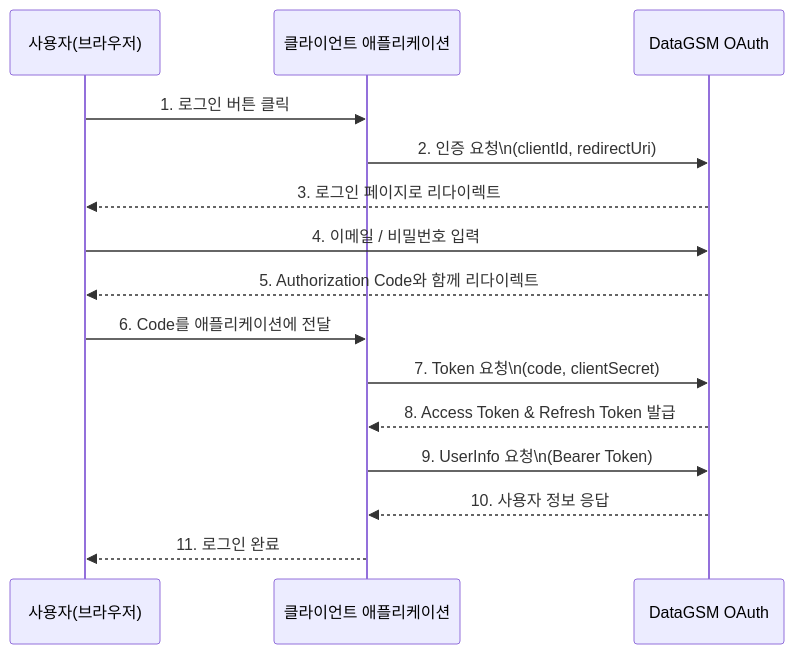
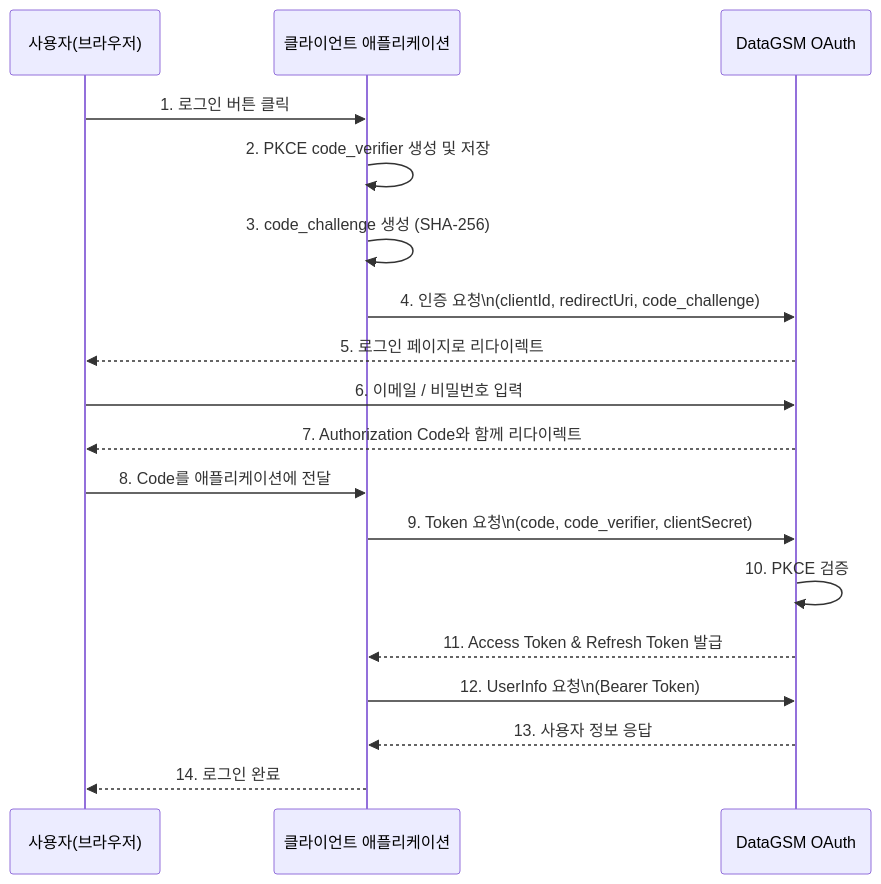
The diagram in apps/client/src/app/docs/oauth/page.mdx (themoment-team/datagsm-front), drawn with Mermaid before and after one commit. The commit also changed other lines of this file and 5 other files, not shown here.

````diff
--- a/apps/client/src/app/docs/oauth/page.mdx
+++ b/apps/client/src/app/docs/oauth/page.mdx
@@ -65,18 +67,21 @@
 ```mermaid
 sequenceDiagram
     participant U as 사용자(브라우저)
     participant C as 클라이언트 애플리케이션
     participant O as DataGSM OAuth
 
     U->>C: 1. 로그인 버튼 클릭
-    C->>O: 2. 인증 요청\n(clientId, redirectUri)
-    O-->>U: 3. 로그인 페이지로 리다이렉트
-    U->>O: 4. 이메일 / 비밀번호 입력
-    O-->>U: 5. Authorization Code와 함께 리다이렉트
-    U->>C: 6. Code를 애플리케이션에 전달
-    C->>O: 7. Token 요청\n(code, clientSecret)
-    O-->>C: 8. Access Token & Refresh Token 발급
-    C->>O: 9. UserInfo 요청\n(Bearer Token)
-    O-->>C: 10. 사용자 정보 응답
-    C-->>U: 11. 로그인 완료
+    C->>C: 2. PKCE code_verifier 생성 및 저장
+    C->>C: 3. code_challenge 생성 (SHA-256)
+    C->>O: 4. 인증 요청\n(clientId, redirectUri, code_challenge)
+    O-->>U: 5. 로그인 페이지로 리다이렉트
+    U->>O: 6. 이메일 / 비밀번호 입력
+    O-->>U: 7. Authorization Code와 함께 리다이렉트
+    U->>C: 8. Code를 애플리케이션에 전달
+    C->>O: 9. Token 요청\n(code, code_verifier, clientSecret)
+    O->>O: 10. PKCE 검증
+    O-->>C: 11. Access Token & Refresh Token 발급
+    C->>O: 12. UserInfo 요청\n(Bearer Token)
+    O-->>C: 13. 사용자 정보 응답
+    C-->>U: 14. 로그인 완료
 ```
````
